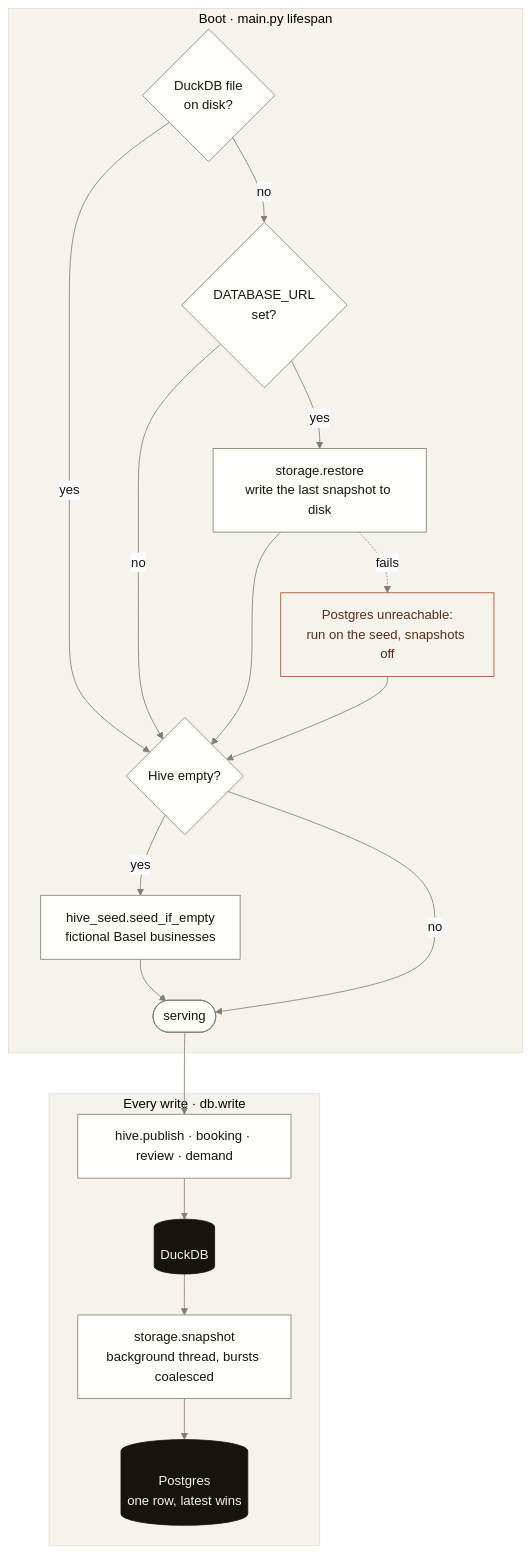
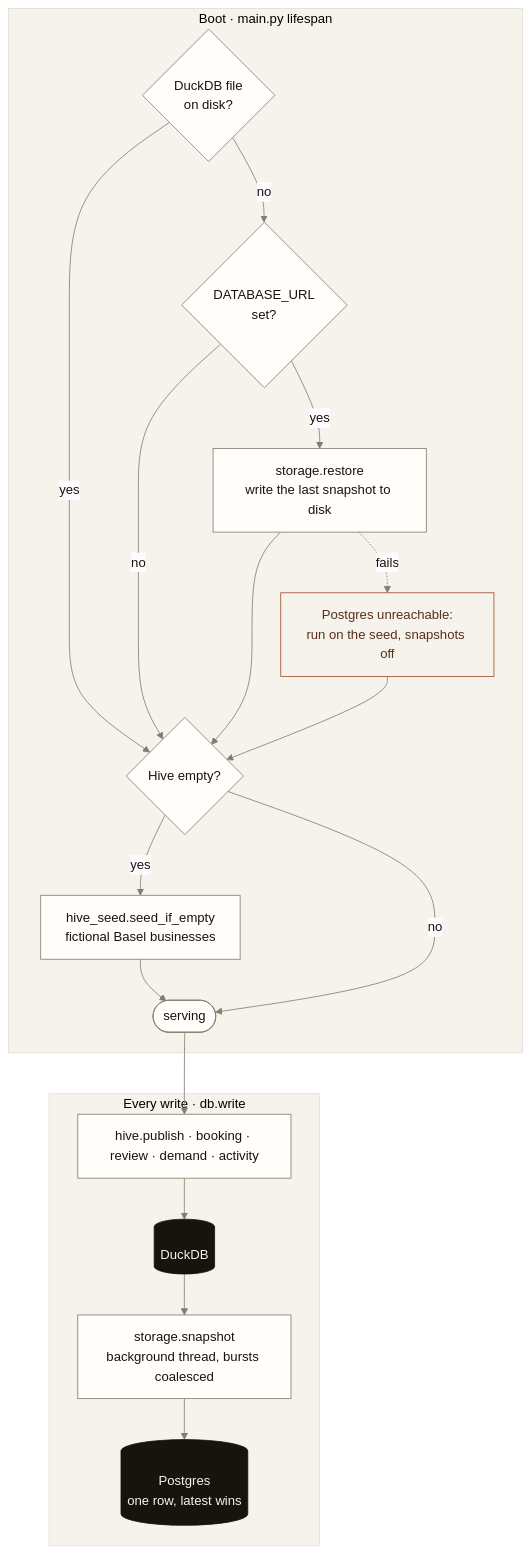
One commit to reactbias/Adobee-Hive changed the fifth of 6 diagrams in documentation/DIAGRAMS.md. Above: the diagram before and after it, drawn with Mermaid. The commit also changed other lines of this file and 5 other files, not shown here.

First line of the commit message:
feat(activity): live feed of what the agents do, one line per step

````diff
--- a/documentation/DIAGRAMS.md
+++ b/documentation/DIAGRAMS.md
@@ -222,34 +224,34 @@
 ```mermaid
 %%{init: {"theme": "base", "themeVariables": {"primaryColor": "#fffefb", "primaryBorderColor": "#857c6f", "primaryTextColor": "#17140f", "lineColor": "#857c6f", "clusterBkg": "#f6f3ed", "clusterBorder": "#e4ded3", "noteBkgColor": "#f6f3ed", "noteBorderColor": "#e4ded3", "actorBkg": "#fffefb", "actorBorder": "#857c6f", "signalColor": "#4b443a", "signalTextColor": "#17140f", "fontFamily": "Helvetica, Arial, sans-serif"}}}%%
 flowchart TB
   classDef step fill:#fffefb,stroke:#857c6f,color:#17140f
   classDef store fill:#17140f,stroke:#17140f,color:#f6f3ed
   classDef warn fill:#f6f3ed,stroke:#a24f2c,color:#5a2e1a
 
   subgraph BOOT["Boot · main.py lifespan"]
     B1{DuckDB file<br/>on disk?}:::step
     B2{DATABASE_URL<br/>set?}:::step
     B3[storage.restore<br/>write the last snapshot to disk]:::step
     B4[Postgres unreachable:<br/>run on the seed, snapshots off]:::warn
     B5{Hive empty?}:::step
     B6[hive_seed.seed_if_empty<br/>fictional Basel businesses]:::step
     B7([serving]):::step
     B1 -- yes --> B5
     B1 -- no --> B2
     B2 -- no --> B5
     B2 -- yes --> B3 --> B5
     B3 -. fails .-> B4 --> B5
     B5 -- yes --> B6 --> B7
     B5 -- no --> B7
   end
 
   subgraph WRITE["Every write · db.write"]
-    W1[hive.publish · booking · review · demand]:::step
+    W1[hive.publish · booking · review · demand · activity]:::step
     W2[(DuckDB)]:::store
     W3[storage.snapshot<br/>background thread, bursts coalesced]:::step
     W4[(Postgres<br/>one row, latest wins)]:::store
     W1 --> W2 --> W3 --> W4
   end
 
   B7 --> W1
 ```
````
